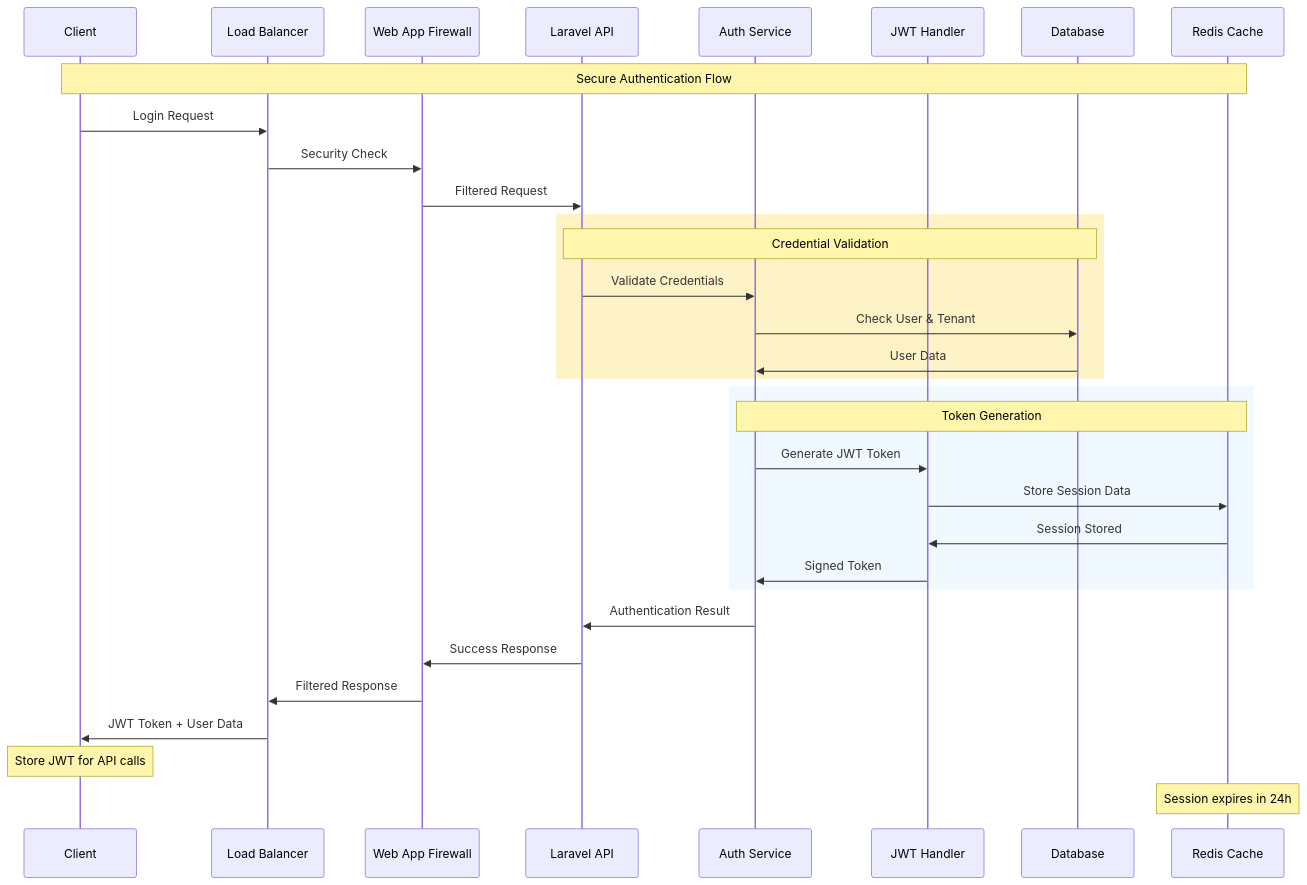
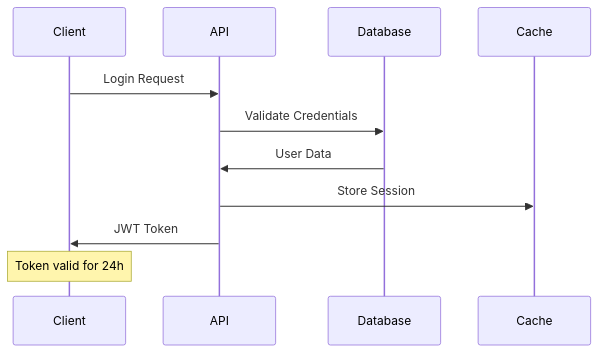
The ninth of 9 diagrams in README.md (abdoElHodaky/larvaccountplatfo), drawn with Mermaid before and after one commit. The commit also changed other lines of this file, not shown here.

First line of the commit message:
docs: Simplify complex diagrams and reduce README size by 43%

````diff
--- a/README.md
+++ b/README.md
@@ -1614,40 +859,15 @@
 ```mermaid
 sequenceDiagram
-    participant C as Client
-    participant LB as Load Balancer
-    participant WAF as Web App Firewall
-    participant API as Laravel API
-    participant AUTH as Auth Service
-    participant JWT as JWT Handler
-    participant DB as Database
-    participant CACHE as Redis Cache
+    participant Client
+    participant API
+    participant Database
+    participant Cache
     
-    Note over C,CACHE: Secure Authentication Flow
+    Client->>API: Login Request
+    API->>Database: Validate Credentials
+    Database->>API: User Data
+    API->>Cache: Store Session
+    API->>Client: JWT Token
     
-    C->>LB: Login Request
-    LB->>WAF: Security Check
-    WAF->>API: Filtered Request
-    
-    rect rgb(254, 243, 199)
-        Note over API,DB: Credential Validation
-        API->>AUTH: Validate Credentials
-        AUTH->>DB: Check User & Tenant
-        DB->>AUTH: User Data
-    end
-    
-    rect rgb(240, 249, 255)
-        Note over AUTH,CACHE: Token Generation
-        AUTH->>JWT: Generate JWT Token
-        JWT->>CACHE: Store Session Data
-        CACHE->>JWT: Session Stored
-        JWT->>AUTH: Signed Token
-    end
-    
-    AUTH->>API: Authentication Result
-    API->>WAF: Success Response
-    WAF->>LB: Filtered Response
-    LB->>C: JWT Token + User Data
-    
-    Note over C: Store JWT for API calls
-    Note over CACHE: Session expires in 24h
+    Note over Client: Token valid for 24h
 ```
````
